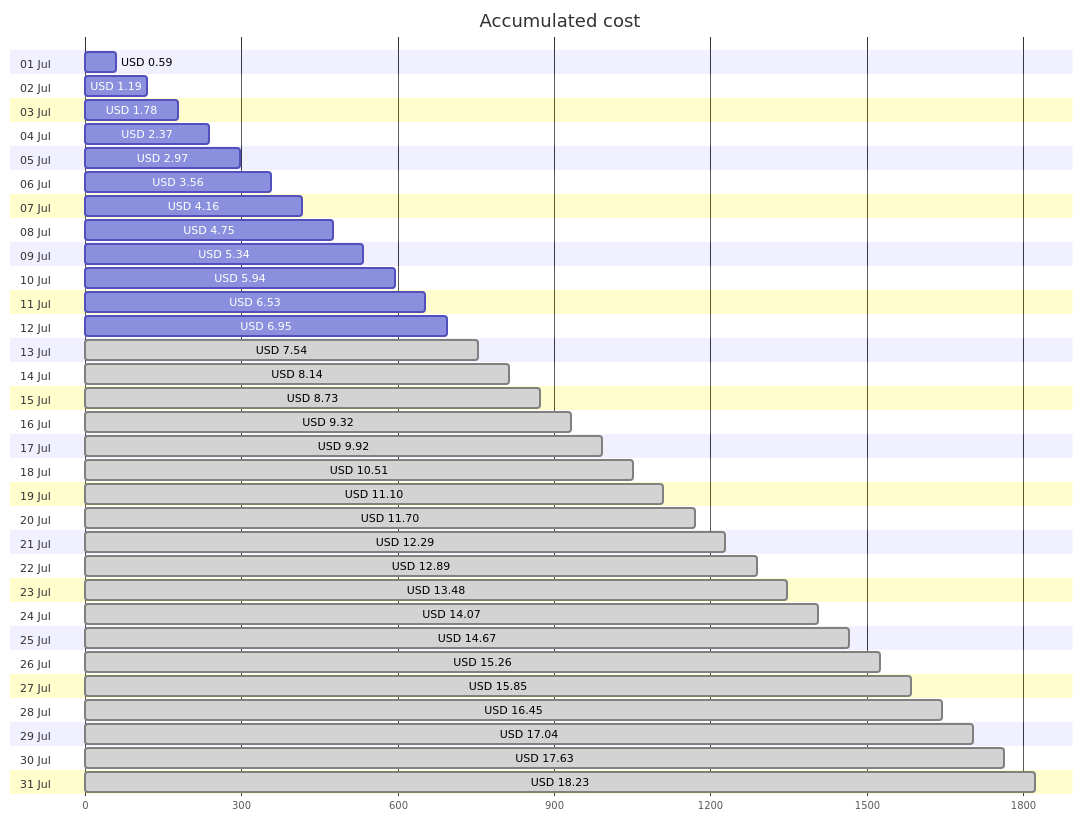
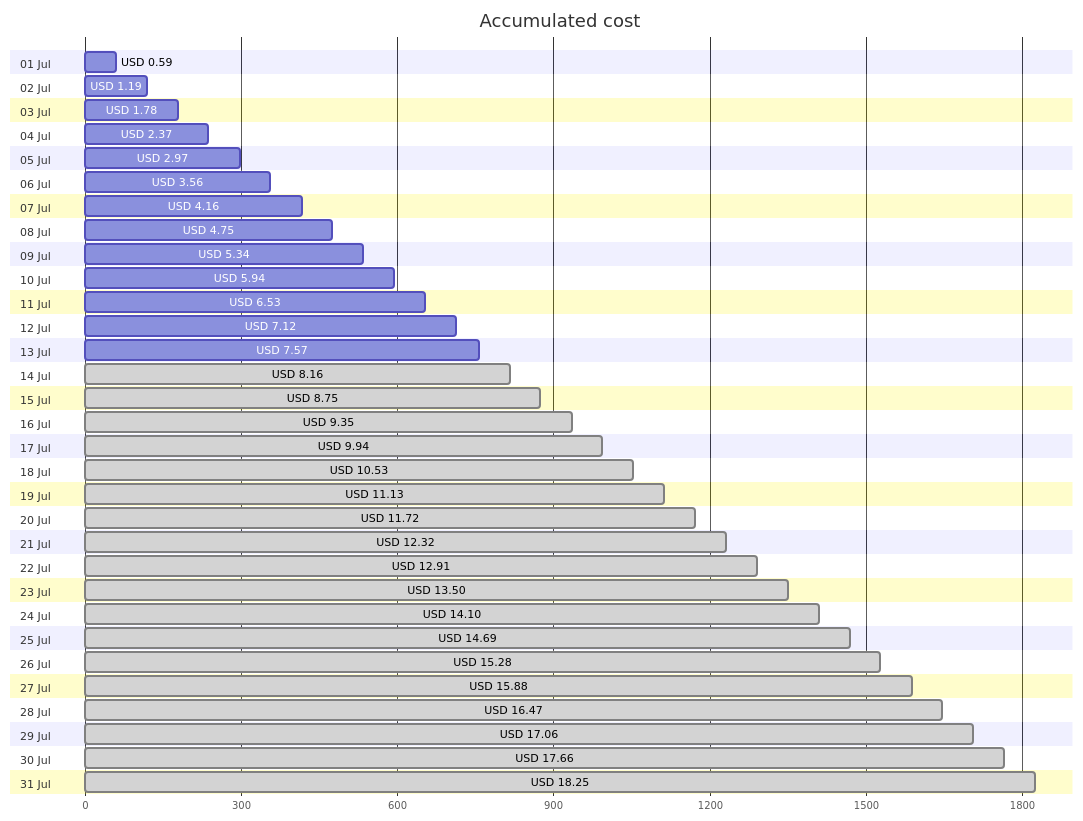
The first of 4 diagrams in cost-reports/personal-site/README.md (jpfulton/azure-personal-reports), drawn with Mermaid before and after one commit. The commit also changed other lines of this file and 6 other files, not shown here.

````diff
--- a/cost-reports/personal-site/README.md
+++ b/cost-reports/personal-site/README.md
@@ -20,68 +20,68 @@
 ```mermaid
 gantt
    title Accumulated cost
    dateFormat  X
    axisFormat %s
    section 01 Jul
    USD 0.59 :0, 59
    section 02 Jul
    USD 1.19 :0, 119
    section 03 Jul
    USD 1.78 :0, 178
    section 04 Jul
    USD 2.37 :0, 237
    section 05 Jul
    USD 2.97 :0, 297
    section 06 Jul
    USD 3.56 :0, 356
    section 07 Jul
    USD 4.16 :0, 416
    section 08 Jul
    USD 4.75 :0, 475
    section 09 Jul
    USD 5.34 :0, 534
    section 10 Jul
    USD 5.94 :0, 594
    section 11 Jul
    USD 6.53 :0, 653
    section 12 Jul
-   USD 6.95 :0, 695
+   USD 7.12 :0, 712
    section 13 Jul
-   USD 7.54 : done, 0, 754
+   USD 7.57 :0, 757
    section 14 Jul
-   USD 8.14 : done, 0, 814
+   USD 8.16 : done, 0, 816
    section 15 Jul
-   USD 8.73 : done, 0, 873
+   USD 8.75 : done, 0, 875
    section 16 Jul
-   USD 9.32 : done, 0, 932
+   USD 9.35 : done, 0, 935
    section 17 Jul
-   USD 9.92 : done, 0, 992
+   USD 9.94 : done, 0, 994
    section 18 Jul
-   USD 10.51 : done, 0, 1051
+   USD 10.53 : done, 0, 1053
    section 19 Jul
-   USD 11.10 : done, 0, 1110
+   USD 11.13 : done, 0, 1113
    section 20 Jul
-   USD 11.70 : done, 0, 1170
+   USD 11.72 : done, 0, 1172
    section 21 Jul
-   USD 12.29 : done, 0, 1229
+   USD 12.32 : done, 0, 1232
    section 22 Jul
-   USD 12.89 : done, 0, 1289
+   USD 12.91 : done, 0, 1291
    section 23 Jul
-   USD 13.48 : done, 0, 1348
+   USD 13.50 : done, 0, 1350
    section 24 Jul
-   USD 14.07 : done, 0, 1407
+   USD 14.10 : done, 0, 1410
    section 25 Jul
-   USD 14.67 : done, 0, 1467
+   USD 14.69 : done, 0, 1469
    section 26 Jul
-   USD 15.26 : done, 0, 1526
+   USD 15.28 : done, 0, 1528
    section 27 Jul
-   USD 15.85 : done, 0, 1585
+   USD 15.88 : done, 0, 1588
    section 28 Jul
-   USD 16.45 : done, 0, 1645
+   USD 16.47 : done, 0, 1647
    section 29 Jul
-   USD 17.04 : done, 0, 1704
+   USD 17.06 : done, 0, 1706
    section 30 Jul
-   USD 17.63 : done, 0, 1763
+   USD 17.66 : done, 0, 1766
    section 31 Jul
-   USD 18.23 : done, 0, 1823
+   USD 18.25 : done, 0, 1825
 ```
````
